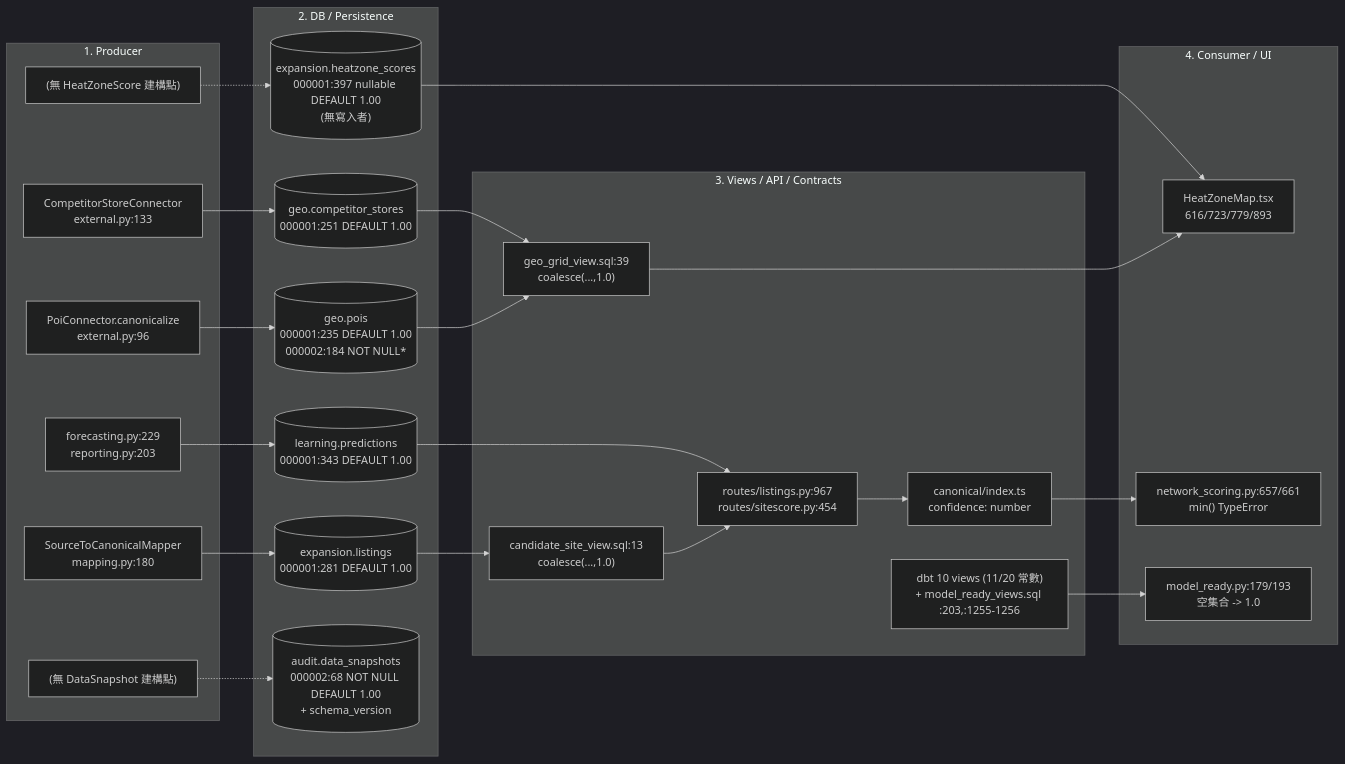
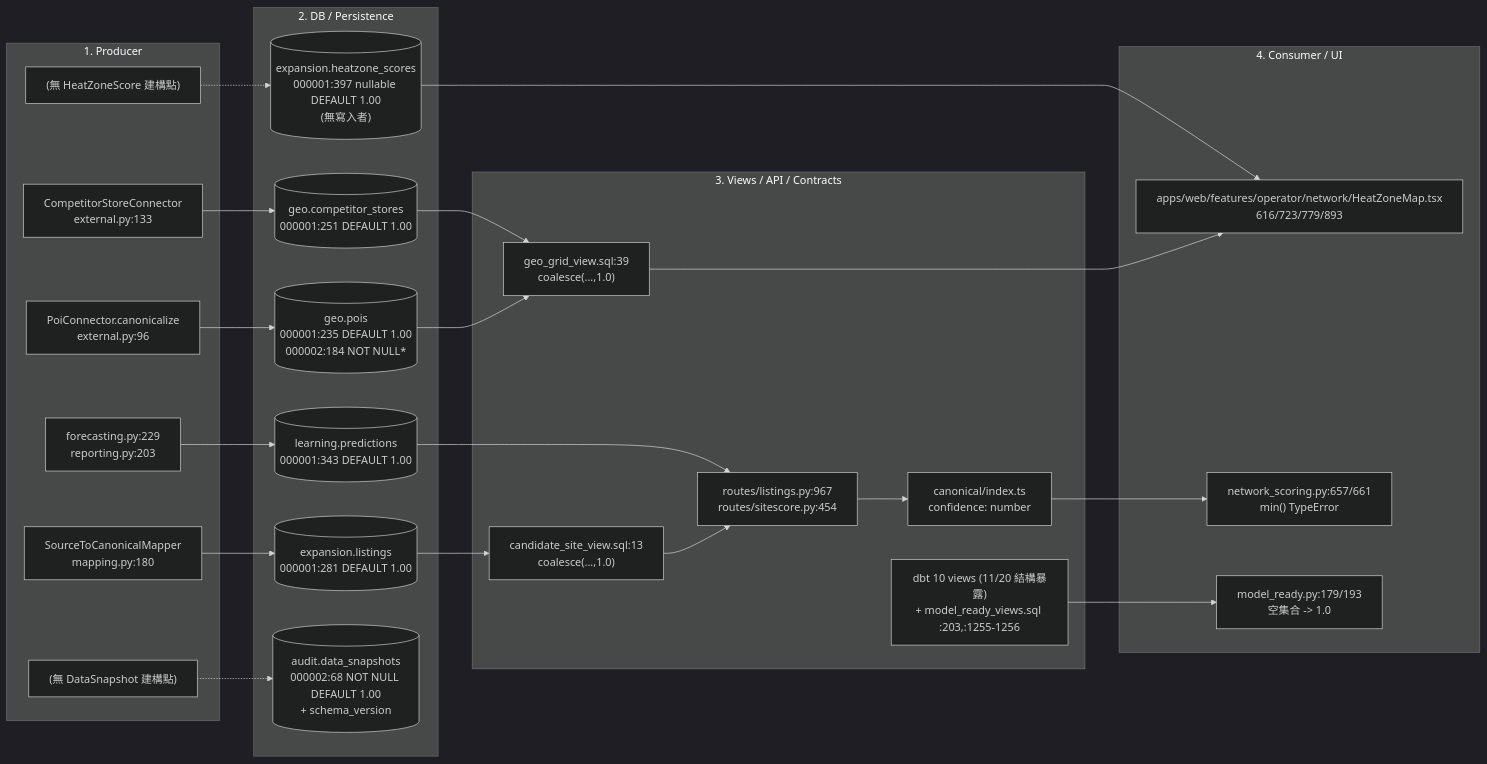
The first of 2 diagrams in docs/evidence/ODP_CANONICAL_MEASUREMENT_LINEAGE_2026-09-03.md (alfloop-dev/odayplus), drawn with Mermaid (dark theme) before and after one commit. The commit also changed other lines of this file, not shown here.

````diff
--- a/docs/evidence/ODP_CANONICAL_MEASUREMENT_LINEAGE_2026-09-03.md
+++ b/docs/evidence/ODP_CANONICAL_MEASUREMENT_LINEAGE_2026-09-03.md
@@ -83,63 +86,63 @@
 ```mermaid
 flowchart LR
     subgraph S1["1. Producer"]
         P1["PoiConnector.canonicalize
 external.py:96"]
         P2["CompetitorStoreConnector
 external.py:133"]
         P3["SourceToCanonicalMapper
 mapping.py:180"]
         P4["forecasting.py:229
 reporting.py:203"]
         P5["(無 HeatZoneScore 建構點)"]
         P6["(無 DataSnapshot 建構點)"]
     end
 
     subgraph S2["2. DB / Persistence"]
         DB1[("geo.pois
 000001:235 DEFAULT 1.00
 000002:184 NOT NULL*")]
         DB2[("geo.competitor_stores
 000001:251 DEFAULT 1.00")]
         DB3[("expansion.listings
 000001:281 DEFAULT 1.00")]
         DB4[("learning.predictions
 000001:343 DEFAULT 1.00")]
         DB5[("expansion.heatzone_scores
 000001:397 nullable DEFAULT 1.00
 (無寫入者)")]
         DB6[("audit.data_snapshots
 000002:68 NOT NULL DEFAULT 1.00
 + schema_version")]
     end
 
     subgraph S3["3. Views / API / Contracts"]
         V1["geo_grid_view.sql:39
 coalesce(...,1.0)"]
         V2["candidate_site_view.sql:13
 coalesce(...,1.0)"]
-        V3["dbt 10 views (11/20 常數)
+        V3["dbt 10 views (11/20 結構暴露)
 + model_ready_views.sql :203,:1255-1256"]
         A1["routes/listings.py:967
 routes/sitescore.py:454"]
         A2["canonical/index.ts
 confidence: number"]
     end
 
     subgraph S4["4. Consumer / UI"]
-        U1["HeatZoneMap.tsx
+        U1["apps/web/features/operator/network/HeatZoneMap.tsx
 616/723/779/893"]
         U2["network_scoring.py:657/661
 min() TypeError"]
         U3["model_ready.py:179/193
 空集合 -> 1.0"]
     end
 
     P1 --> DB1 --> V1 --> U1
     P2 --> DB2 --> V1
     P3 --> DB3 --> V2 --> A1 --> A2 --> U2
     P4 --> DB4 --> A1
     P5 -.-> DB5 --> U1
     P6 -.-> DB6
     V3 --> U3
 ```
````
